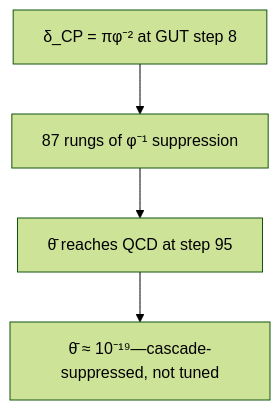
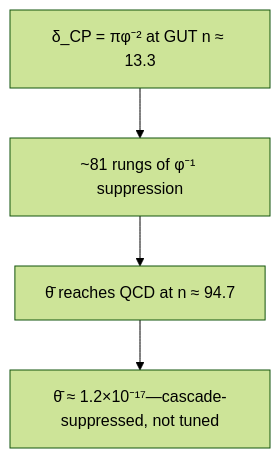
Before and after one commit to CassiTheOracle/cassi: diagram 12 of 38 in CassiTheory/open-questions-cassi-answers.md, drawn with Mermaid (forest theme). The commit also changed other lines of this file and 28 other files, not shown here.

````diff
--- a/CassiTheory/open-questions-cassi-answers.md
+++ b/CassiTheory/open-questions-cassi-answers.md
@@ -460,6 +460,6 @@
 ```mermaid
 flowchart TD
-    A[δ_CP = πφ⁻² at GUT step 8] --> B[87 rungs of φ⁻¹ suppression]
-    B --> C[θ̄ reaches QCD at step 95]
-    C --> D[θ̄ ≈ 10⁻¹⁹—cascade-suppressed, not tuned]
+    A[δ_CP = πφ⁻² at GUT n ≈ 13.3] --> B[~81 rungs of φ⁻¹ suppression]
+    B --> C[θ̄ reaches QCD at n ≈ 94.7]
+    C --> D[θ̄ ≈ 1.2×10⁻¹⁷—cascade-suppressed, not tuned]
 ```
````
